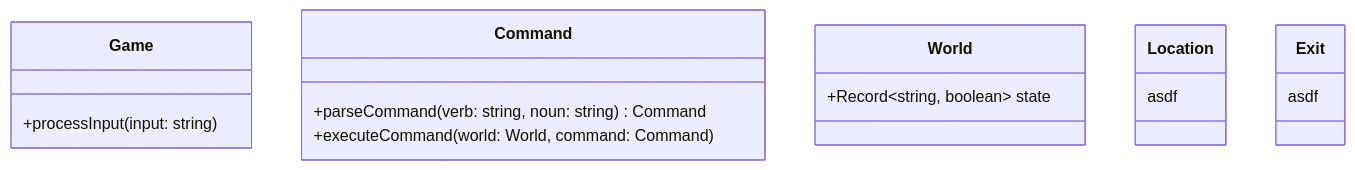
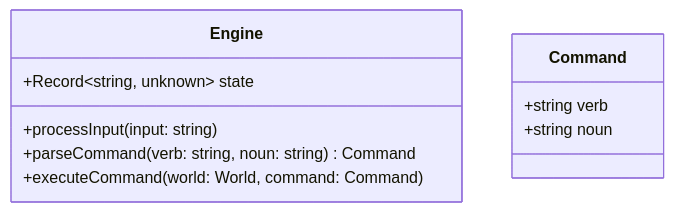
The diagram in README.md (flipactual/text-adventure-experiment), drawn with Mermaid before and after one commit.

````diff
--- a/README.md
+++ b/README.md
@@ -3,19 +3,13 @@
 ```mermaid
 classDiagram
-class Game {
+class Engine {
+  +Record~string, unknown~ state
   +processInput(input: string)
-}
-class Command {
   +parseCommand(verb: string, noun: string) Command
   +executeCommand(world: World, command: Command)
 }
-class World {
-  +Record~string, boolean~ state
-}
-class Location {
-  asdf
-}
-class Exit {
-  asdf
+class Command {
+  +string verb
+  +string noun
 }
 ```
````
